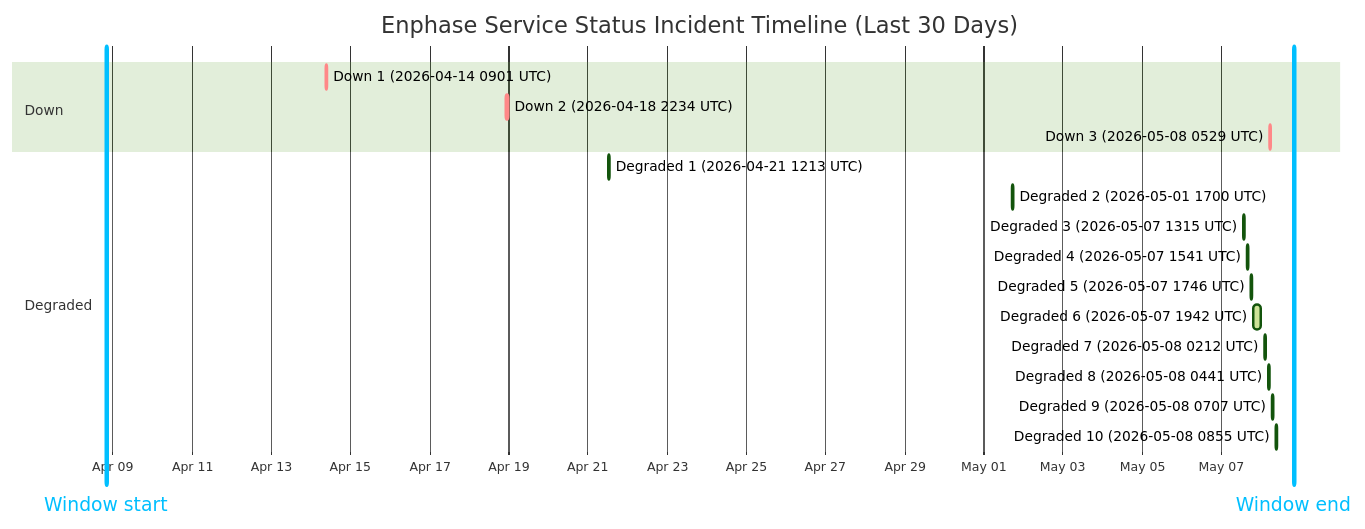
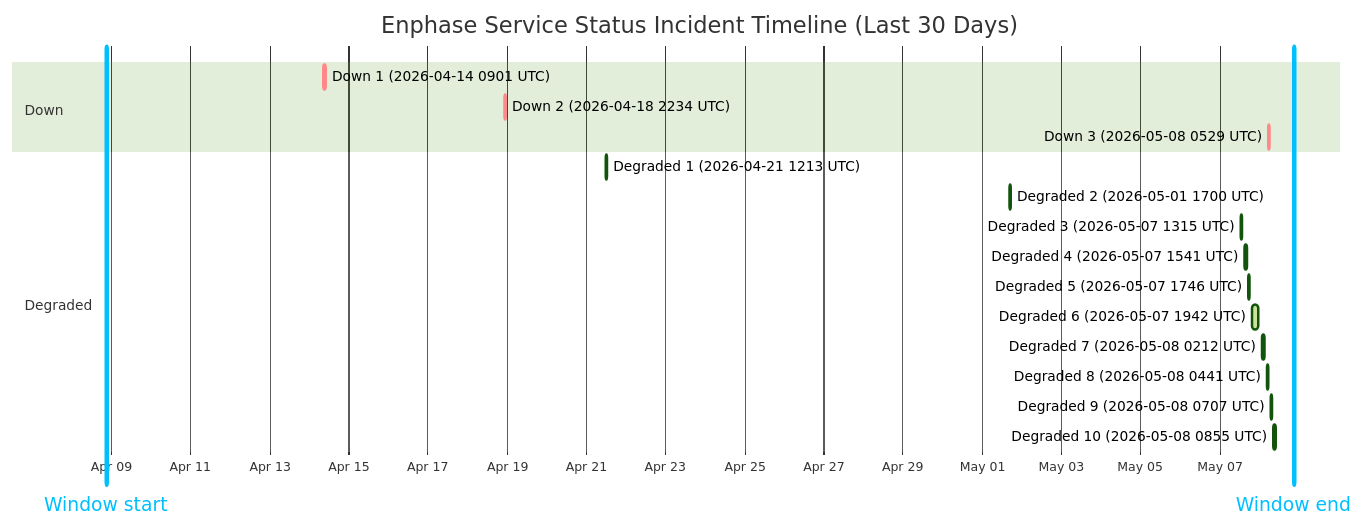
The diagram in wiki/Service-Status-History.md (barneyonline/ha-enphase-ev-charger), drawn with Mermaid (forest theme) before and after one commit. The commit also changed other lines of this file and 3 other files, not shown here.

````diff
--- a/wiki/Service-Status-History.md
+++ b/wiki/Service-Status-History.md
@@ -14,23 +14,23 @@
 ```mermaid
 gantt
     title Enphase Service Status Incident Timeline (Last 30 Days)
     dateFormat  YYYY-MM-DDTHH:mm:ss
     axisFormat  %b %d
-    Window start :vert, window-start, 2026-04-08T19:54:06, 0ms
-    Window end :vert, window-end, 2026-05-08T19:54:06, 0ms
+    Window start :vert, window-start, 2026-04-08T20:58:55, 0ms
+    Window end :vert, window-end, 2026-05-08T20:58:55, 0ms
     section Down
     Down 1 (2026-04-14 0901 UTC) :crit, down-1, 2026-04-14T09:01:13, 60m
     Down 2 (2026-04-18 2234 UTC) :crit, down-2, 2026-04-18T22:34:13, 60m
     Down 3 (2026-05-08 0529 UTC) :crit, down-3, 2026-05-08T05:29:47, 60m
     section Degraded
     Degraded 1 (2026-04-21 1213 UTC) :active, degraded-1, 2026-04-21T12:13:11, 60m
     Degraded 2 (2026-05-01 1700 UTC) :active, degraded-2, 2026-05-01T17:00:22, 60m
     Degraded 3 (2026-05-07 1315 UTC) :active, degraded-3, 2026-05-07T13:15:25, 60m
     Degraded 4 (2026-05-07 1541 UTC) :active, degraded-4, 2026-05-07T15:41:58, 60m
     Degraded 5 (2026-05-07 1746 UTC) :active, degraded-5, 2026-05-07T17:46:51, 60m
     Degraded 6 (2026-05-07 1942 UTC) :active, degraded-6, 2026-05-07T19:42:10, 249m
     Degraded 7 (2026-05-08 0212 UTC) :active, degraded-7, 2026-05-08T02:12:39, 60m
     Degraded 8 (2026-05-08 0441 UTC) :active, degraded-8, 2026-05-08T04:41:46, 60m
     Degraded 9 (2026-05-08 0707 UTC) :active, degraded-9, 2026-05-08T07:07:30, 60m
     Degraded 10 (2026-05-08 0855 UTC) :active, degraded-10, 2026-05-08T08:55:20, 88m
 ```
````
